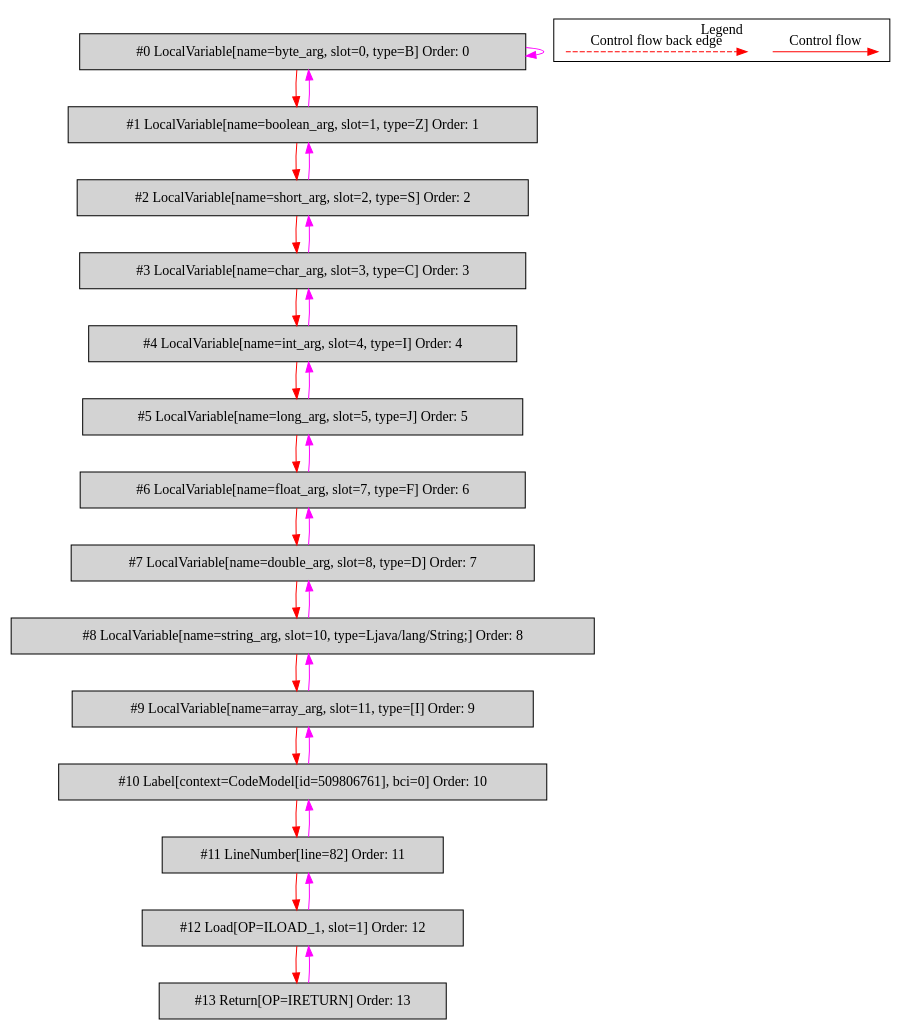
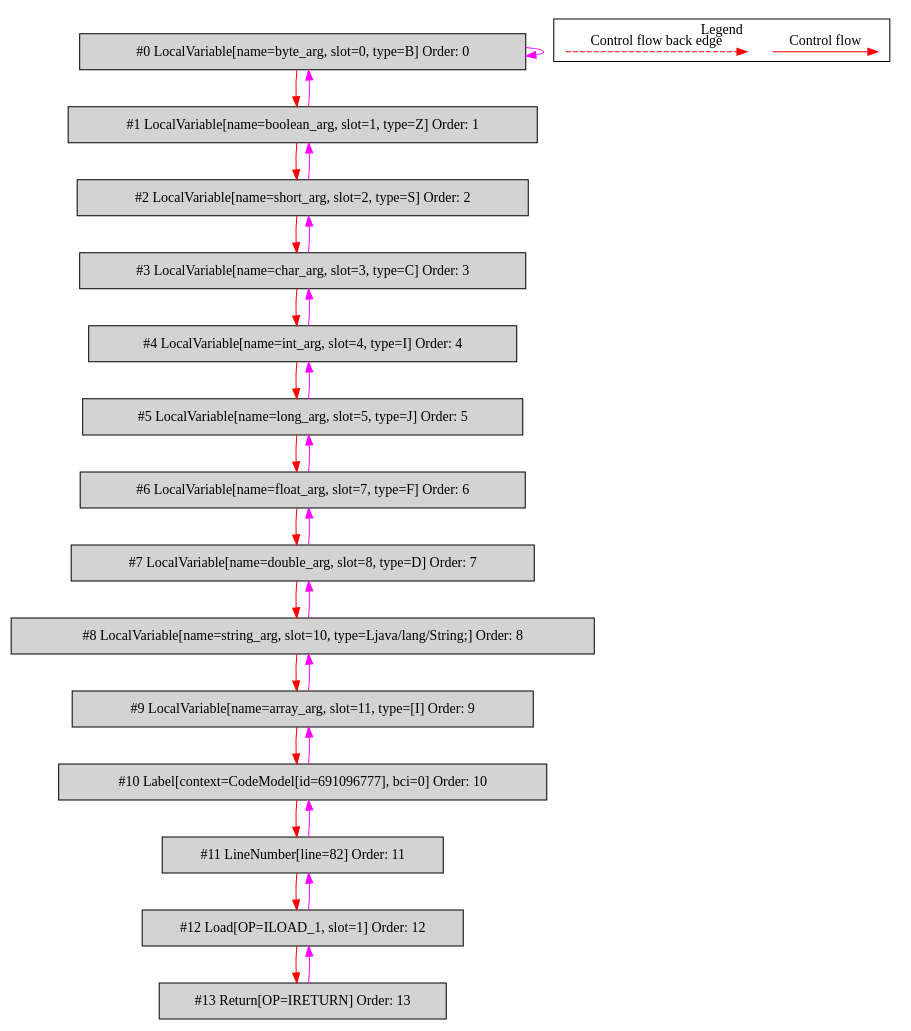
Before and after one commit to mirkosertic/MetaIR: the diagram in de.mirkosertic.metair.ir.examples.MethodInvokeTest/simple_method_return_boolean/bytecodecfg.dot, drawn with Graphviz. The commit also changed 433 other files, not shown here.

```diff
--- a/de.mirkosertic.metair.ir.examples.MethodInvokeTest/simple_method_return_boolean/bytecodecfg.dot
+++ b/de.mirkosertic.metair.ir.examples.MethodInvokeTest/simple_method_return_boolean/bytecodecfg.dot
@@ -1,58 +1,58 @@
 digraph {
  ordering="in";
  node0[label="#0 LocalVariable[name=byte_arg, slot=0, type=B] Order: 0", shape=box, fillcolor=lightgrey, style=filled];
  node1[label="#1 LocalVariable[name=boolean_arg, slot=1, type=Z] Order: 1", shape=box, fillcolor=lightgrey, style=filled];
  node2[label="#2 LocalVariable[name=short_arg, slot=2, type=S] Order: 2", shape=box, fillcolor=lightgrey, style=filled];
  node3[label="#3 LocalVariable[name=char_arg, slot=3, type=C] Order: 3", shape=box, fillcolor=lightgrey, style=filled];
  node4[label="#4 LocalVariable[name=int_arg, slot=4, type=I] Order: 4", shape=box, fillcolor=lightgrey, style=filled];
  node5[label="#5 LocalVariable[name=long_arg, slot=5, type=J] Order: 5", shape=box, fillcolor=lightgrey, style=filled];
  node6[label="#6 LocalVariable[name=float_arg, slot=7, type=F] Order: 6", shape=box, fillcolor=lightgrey, style=filled];
  node7[label="#7 LocalVariable[name=double_arg, slot=8, type=D] Order: 7", shape=box, fillcolor=lightgrey, style=filled];
  node8[label="#8 LocalVariable[name=string_arg, slot=10, type=Ljava/lang/String;] Order: 8", shape=box, fillcolor=lightgrey, style=filled];
  node9[label="#9 LocalVariable[name=array_arg, slot=11, type=[I] Order: 9", shape=box, fillcolor=lightgrey, style=filled];
- node10[label="#10 Label[context=CodeModel[id=509806761], bci=0] Order: 10", shape=box, fillcolor=lightgrey, style=filled];
+ node10[label="#10 Label[context=CodeModel[id=691096777], bci=0] Order: 10", shape=box, fillcolor=lightgrey, style=filled];
  node11[label="#11 LineNumber[line=82] Order: 11", shape=box, fillcolor=lightgrey, style=filled];
  node12[label="#12 Load[OP=ILOAD_1, slot=1] Order: 12", shape=box, fillcolor=lightgrey, style=filled];
  node13[label="#13 Return[OP=IRETURN] Order: 13", shape=box, fillcolor=lightgrey, style=filled];
  node0 -> node0[color=fuchsia];
  node0 -> node1[color=red];
  node1 -> node0[color=fuchsia];
  node1 -> node2[color=red];
  node2 -> node1[color=fuchsia];
  node2 -> node3[color=red];
  node3 -> node2[color=fuchsia];
  node3 -> node4[color=red];
  node4 -> node3[color=fuchsia];
  node4 -> node5[color=red];
  node5 -> node4[color=fuchsia];
  node5 -> node6[color=red];
  node6 -> node5[color=fuchsia];
  node6 -> node7[color=red];
  node7 -> node6[color=fuchsia];
  node7 -> node8[color=red];
  node8 -> node7[color=fuchsia];
  node8 -> node9[color=red];
  node9 -> node8[color=fuchsia];
  node9 -> node10[color=red];
  node10 -> node9[color=fuchsia];
  node10 -> node11[color=red];
  node11 -> node10[color=fuchsia];
  node11 -> node12[color=red];
  node12 -> node11[color=fuchsia];
  node12 -> node13[color=red];
  node13 -> node12[color=fuchsia];
  subgraph cluster_000 {
   label = "Legend";
   node [shape=point]
   {
    rank=same;
    c0 [style = invis];
    c1 [style = invis];
    c2 [style = invis];
    c3 [style = invis];
   }
   c0 -> c1 [label="Control flow", style=solid, color=red]
   c2 -> c3 [label="Control flow back edge", style=dashed, color=red]
  }
 
 }
```
